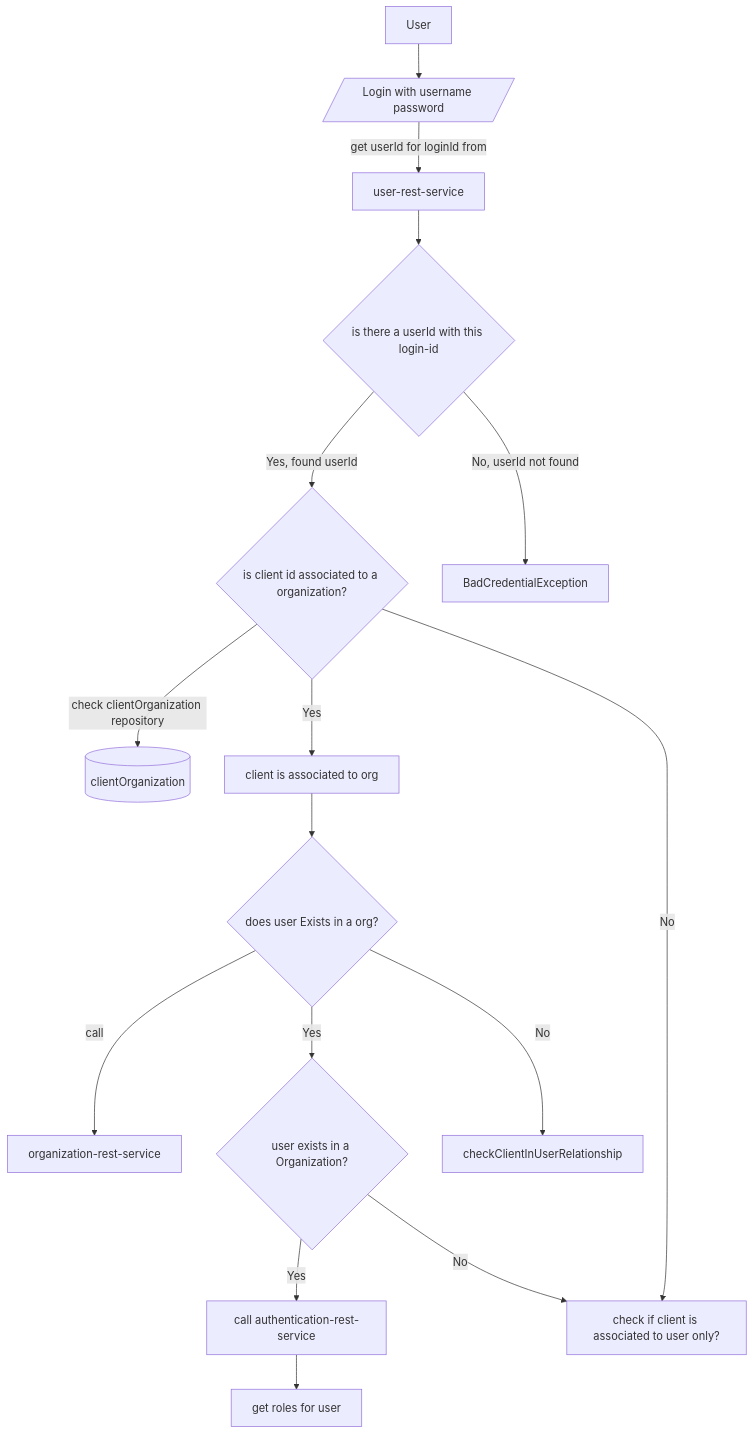
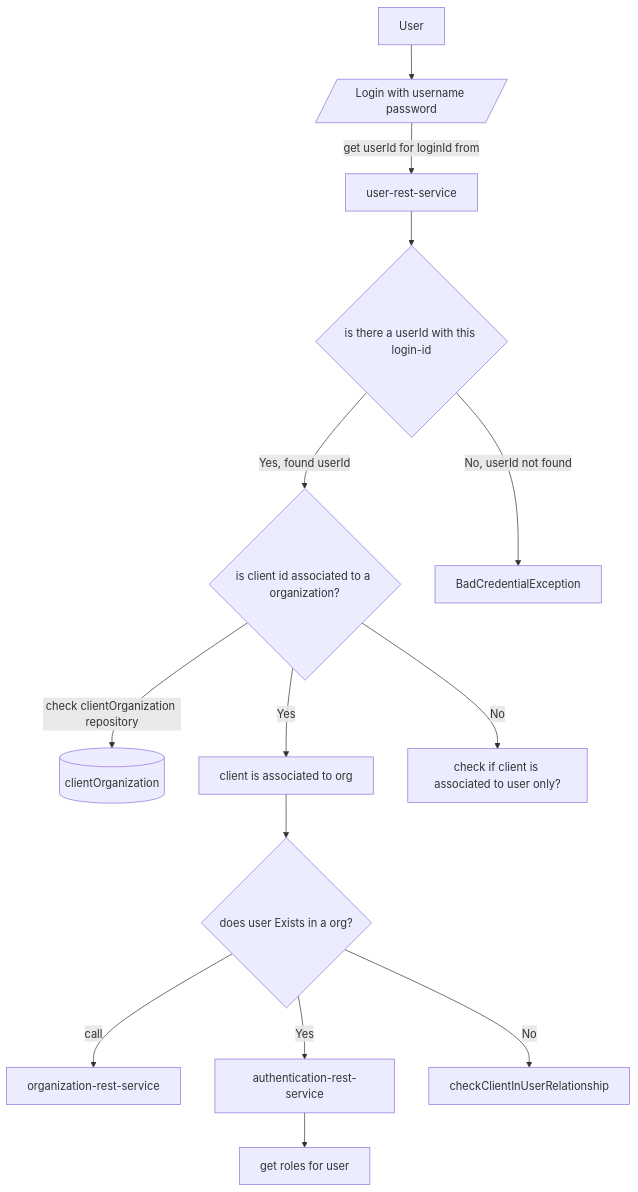
Before and after one commit to sonamsamdupkhangsar/spring-authorization-serve: the diagram in README.md, drawn with Mermaid.

````diff
--- a/README.md
+++ b/README.md
@@ -35,19 +35,20 @@
 ```mermaid
 flowchart TD
  User -->login[/Login with username password/]
  login --get userId for loginId from--> userRestService["user-rest-service"]
  userRestService --> getUserId{is there a userId with this login-id}
  getUserId -->|Yes, found userId|checkClientInOrg{is client id associated to a organization?}
  getUserId -->|No, userId not found|returnError[BadCredentialException]
  checkClientInOrg --check clientOrganization repository--> clientOrganizationRepo[(clientOrganization)]
  
  checkClientInOrg -->|Yes|clientIsInOrg[client is associated to org]
  checkClientInOrg -->|No|checkClientUserRelationship["check if client is associated to user only?"]
  clientIsInOrg --> checkUserExistsInOrg{does user Exists in a org?}
  checkUserExistsInOrg --call--> organizationRestService["organization-rest-service"]
- checkUserExistsInOrg -->|Yes| userExistsInOrg{user exists in a Organization?}
+ checkUserExistsInOrg -->|Yes|authenticate["authentication-rest-service"]
+ 
  checkUserExistsInOrg -->|No| checkClientInUserRelationship 
- userExistsInOrg -->|Yes| authenticate["call authentication-rest-service"]
+ 
  authenticate --> getRoles[get roles for user]
- userExistsInOrg -->|No| checkClientUserRelationship
+ 
 ```
````
